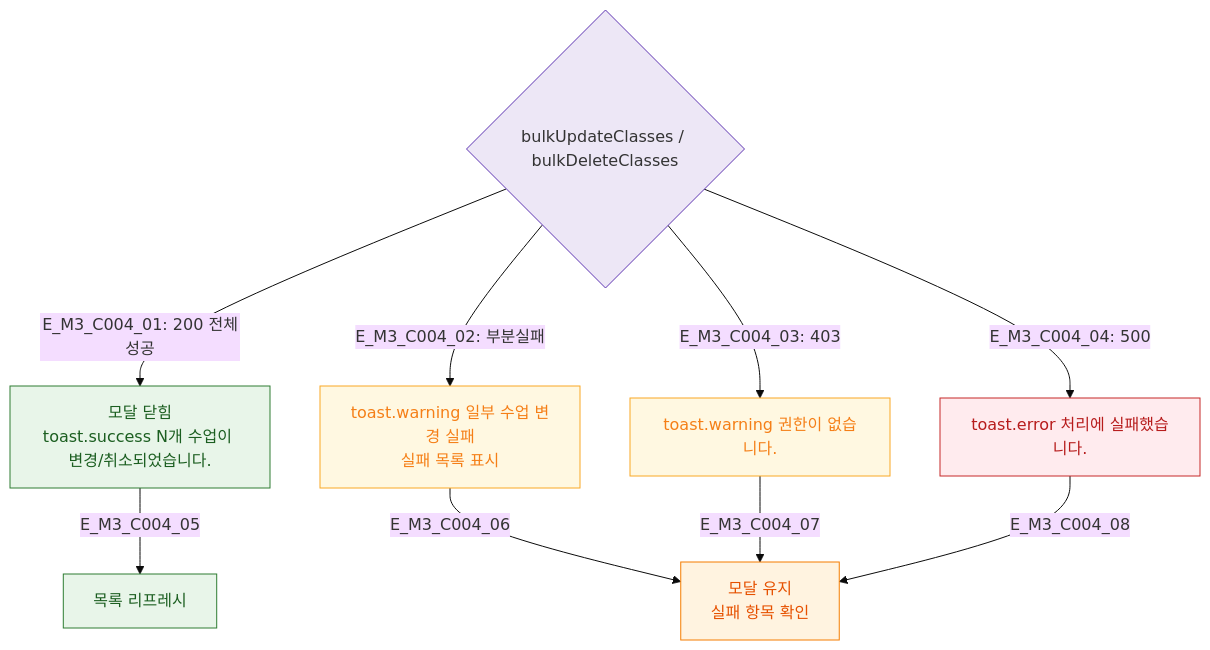
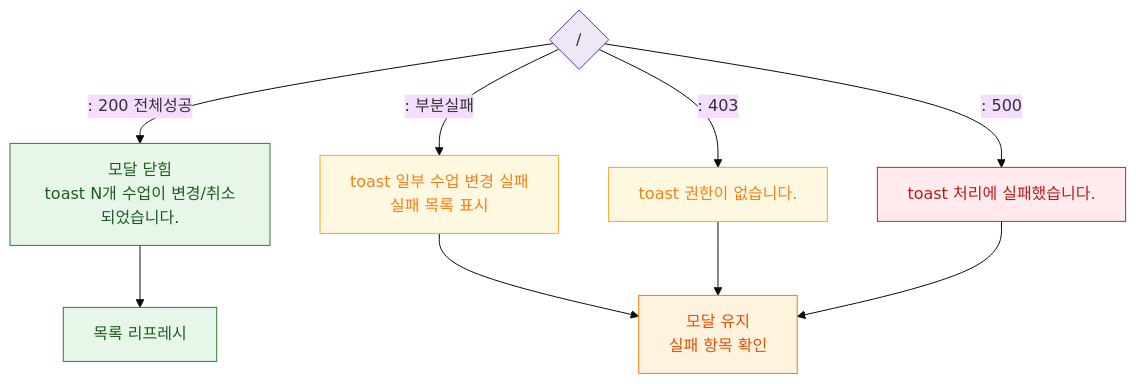
The diagram in docs/다이어그램/D04_수업관리/DLG/DLG-C004_일괄변경/M3_결과분기.md (dev-spogym/admin-pando), drawn with Mermaid (base theme) before and after one commit. The commit also changed other lines of this file and 1660 other files, not shown here.

First line of the commit message:
다이어그램: 기획자/클라이언트 납품본으로 정리

````diff
--- a/docs/다이어그램/D04_수업관리/DLG/DLG-C004_일괄변경/M3_결과분기.md
+++ b/docs/다이어그램/D04_수업관리/DLG/DLG-C004_일괄변경/M3_결과분기.md
@@ -20,23 +18,23 @@
 ```mermaid
 flowchart TD
-  BulkAPI{bulkUpdateClasses / bulkDeleteClasses} -->|"E_M3_C004_01: 200 전체성공"| FullSuccess[모달 닫힘\ntoast.success N개 수업이 변경/취소되었습니다.]
-  BulkAPI -->|"E_M3_C004_02: 부분실패"| PartialFail[toast.warning 일부 수업 변경 실패\n실패 목록 표시]
-  BulkAPI -->|"E_M3_C004_03: 403"| PermErr[toast.warning 권한이 없습니다.]
-  BulkAPI -->|"E_M3_C004_04: 500"| SysErr[toast.error 처리에 실패했습니다.]
+  BulkAPI{/} -->|": 200 전체성공"|FullSuccess[모달 닫힘\ntoast N개 수업이 변경/취소되었습니다.]
+  BulkAPI -->|": 부분실패"|PartialFail[toast 일부 수업 변경 실패\n실패 목록 표시]
+  BulkAPI -->|": 403"|PermErr[toast 권한이 없습니다.]
+  BulkAPI -->|": 500"|SysErr[toast 처리에 실패했습니다.]
 
-  FullSuccess -->|E_M3_C004_05| ListRefresh[목록 리프레시]
-  PartialFail -->|E_M3_C004_06| StayModal[모달 유지\n실패 항목 확인]
-  PermErr -->|E_M3_C004_07| StayModal
-  SysErr -->|E_M3_C004_08| StayModal
+  FullSuccess --> ListRefresh[목록 리프레시]
+  PartialFail --> StayModal[모달 유지\n실패 항목 확인]
+  PermErr --> StayModal
+  SysErr --> StayModal
 
   classDef system fill:#EDE7F6,stroke:#5E35B2
   classDef success fill:#E8F5E9,stroke:#2E7D32,color:#1B5E20
   classDef error fill:#FFEBEE,stroke:#C62828,color:#B71C1C
   classDef warning fill:#FFF8E1,stroke:#F9A825,color:#F57F17
   classDef modal fill:#FFF3E0,stroke:#F57C00,color:#E65100
   class BulkAPI system
   class FullSuccess,ListRefresh success
   class SysErr error
   class PartialFail,PermErr warning
   class StayModal modal
 ```
````
